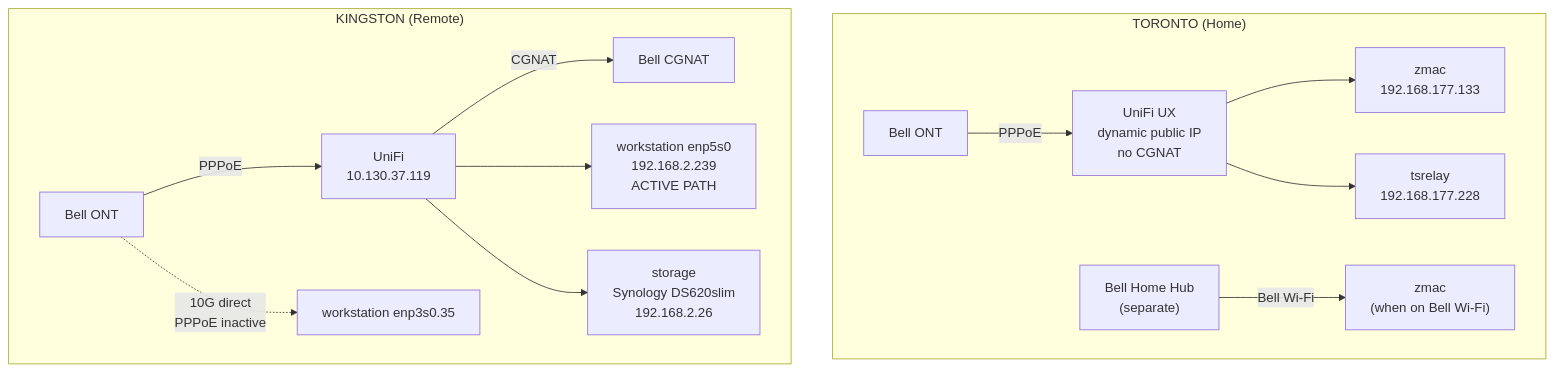
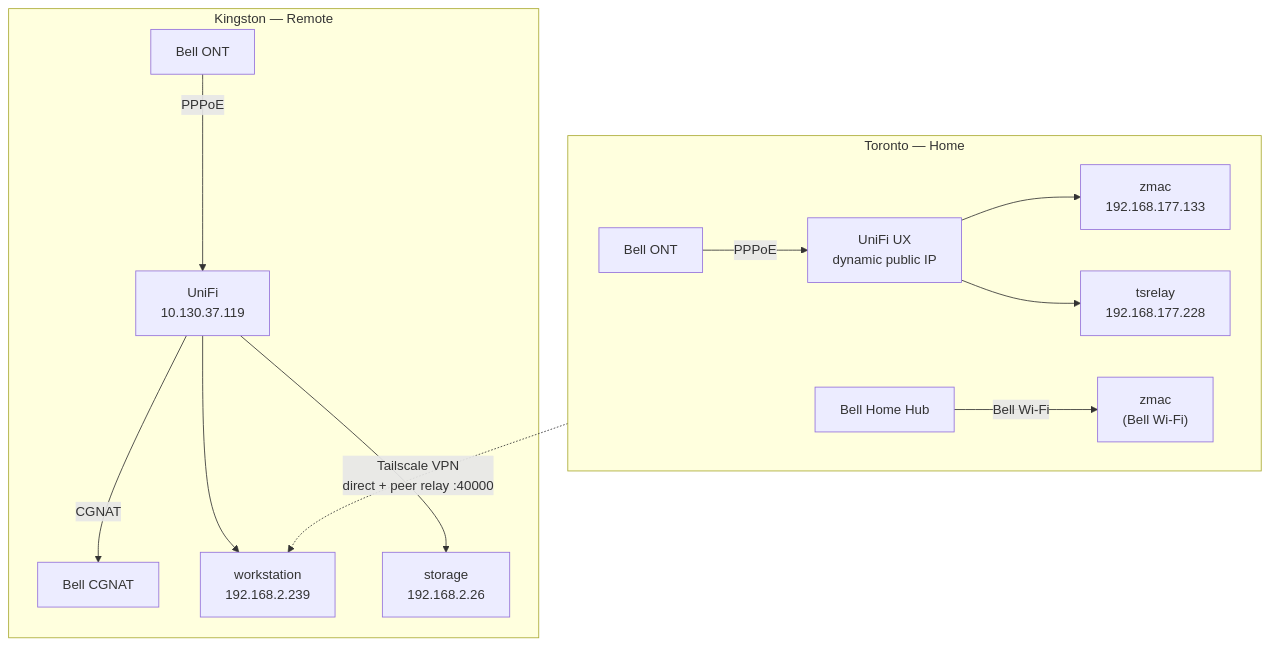
Before and after one commit to zeulewan/robot-docs: the diagram in docs/reference/network-topology.md, drawn with Mermaid. The commit also changed 1 other file, not shown here.

Commit message:
Simplify mermaid diagrams to fix text overlap and layout issues
Switch from flowchart LR to flowchart TD with direction LR inside
subgraphs. Shorten node labels, remove disconnected nodes, consolidate
edge labels. All diagrams validated with mcp-mermaid.

````diff
--- a/docs/reference/network-topology.md
+++ b/docs/reference/network-topology.md
@@ -65,16 +65,17 @@
 ```mermaid
-flowchart TB
-    subgraph TOR["TORONTO (Home)"]
-        TONT["Bell ONT"] -- "PPPoE" --> UX["UniFi UX<br/>dynamic public IP<br/>no CGNAT"]
+flowchart TD
+    subgraph TOR["Toronto — Home"]
+        TONT["Bell ONT"] -- "PPPoE" --> UX["UniFi UX<br/>dynamic public IP"]
         UX --> ZMAC["zmac<br/>192.168.177.133"]
         UX --> TSR["tsrelay<br/>192.168.177.228"]
-        BHH["Bell Home Hub<br/>(separate)"] -- "Bell Wi-Fi" --> ZMAC2["zmac<br/>(when on Bell Wi-Fi)"]
+        BHH["Bell Home Hub"] -- "Bell Wi-Fi" --> ZMAC2["zmac<br/>(Bell Wi-Fi)"]
     end
-    subgraph KNG["KINGSTON (Remote)"]
+    subgraph KNG["Kingston — Remote"]
         KONT["Bell ONT"] -- "PPPoE" --> KUX["UniFi<br/>10.130.37.119"]
         KUX -- "CGNAT" --> CGNAT["Bell CGNAT"]
-        KUX --> WSENP5["workstation enp5s0<br/>192.168.2.239<br/>ACTIVE PATH"]
-        KONT -. "10G direct<br/>PPPoE inactive" .-> WSENP3["workstation enp3s0.35"]
-        KUX --> STOR["storage<br/>Synology DS620slim<br/>192.168.2.26"]
+        KUX --> WS["workstation<br/>192.168.2.239"]
+        KUX --> STOR["storage<br/>192.168.2.26"]
     end
+
+    TOR -. "Tailscale VPN<br/>direct + peer relay :40000" .-> WS
 ```
````
